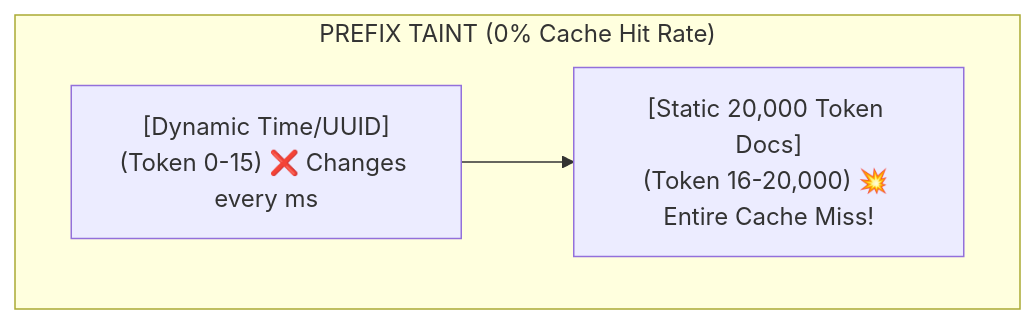
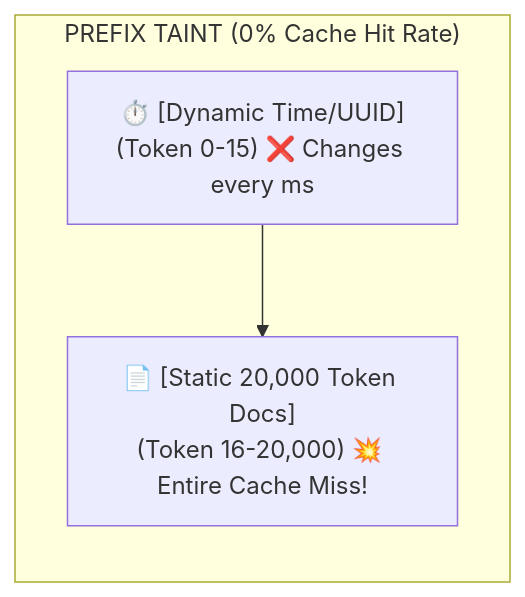
One commit to dip4k/senior-engineer-to-ai-engineer-roadmap changed the third of 15 diagrams in resources/beginner-mistakes-cheatsheet.md. Above: the diagram before and after it, drawn with Mermaid. The commit also changed other lines of this file and 94 other files, not shown here.

Commit message:
refactor(curriculum): complete Phase 04 upgrade and enforce diagram renderer invariants

````diff
--- a/resources/beginner-mistakes-cheatsheet.md
+++ b/resources/beginner-mistakes-cheatsheet.md
@@ -250,7 +248,6 @@
 ```mermaid
 flowchart LR
     subgraph TaintedCache["PREFIX TAINT (0% Cache Hit Rate)"]
-        direction LR
-        T1["[Dynamic Time/UUID]\n(Token 0-15) ❌ Changes every ms"] --> T2["[Static 20,000 Token Docs]\n(Token 16-20,000) 💥 Entire Cache Miss!"]
+        T1["⏱️ [Dynamic Time/UUID]\n(Token 0-15) ❌ Changes every ms"] --> T2["📄 [Static 20,000 Token Docs]\n(Token 16-20,000) 💥 Entire Cache Miss!"]
     end
 ```
````
